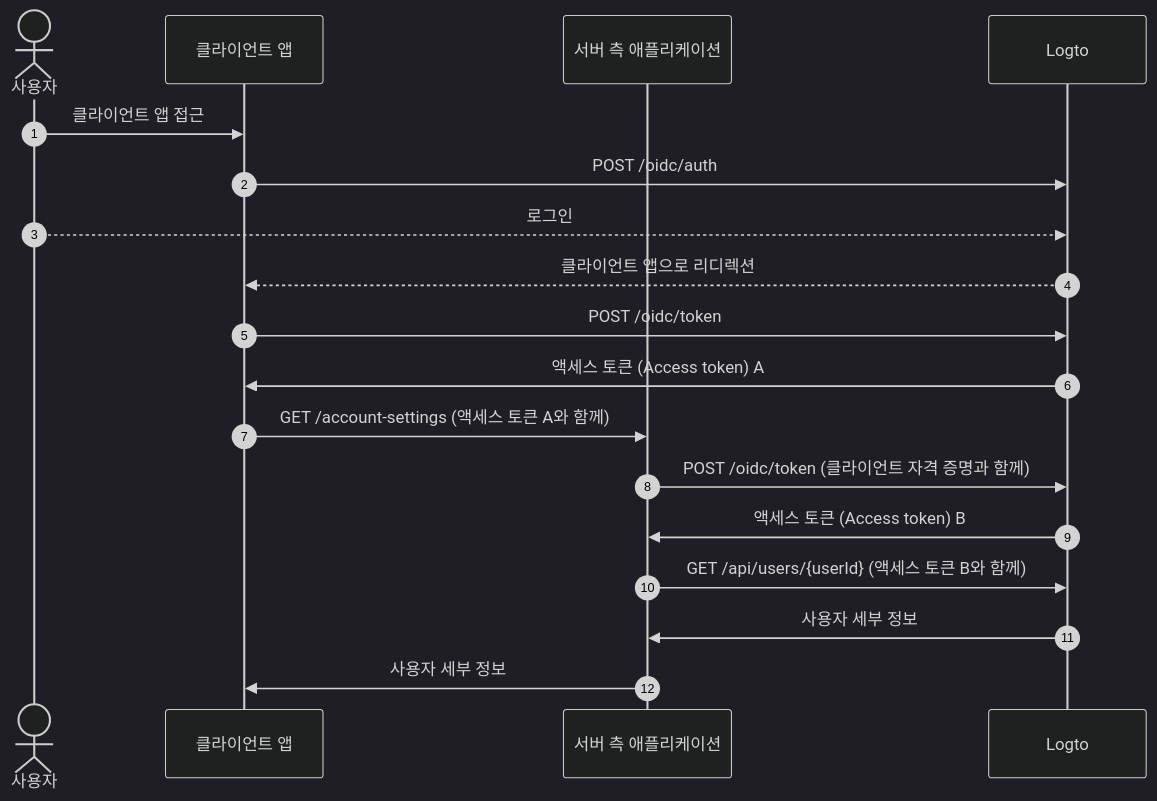
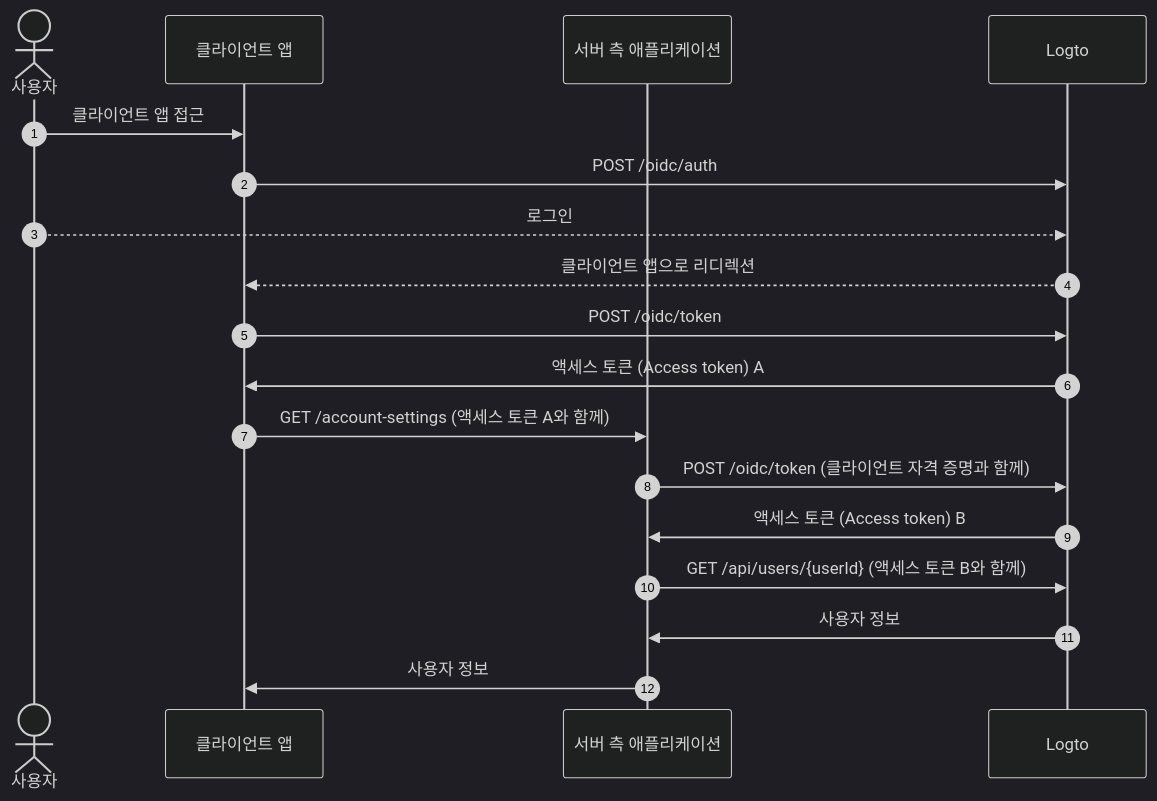
The second of 3 diagrams in i18n/ko/docusaurus-plugin-content-docs/current/end-user-flows/account-settings/by-management-api.mdx (logto-io/docs), drawn with Mermaid (dark theme) before and after one commit. The commit also changed other lines of this file and 74 other files, not shown here.

````diff
--- a/i18n/ko/docusaurus-plugin-content-docs/current/end-user-flows/account-settings/by-management-api.mdx
+++ b/i18n/ko/docusaurus-plugin-content-docs/current/end-user-flows/account-settings/by-management-api.mdx
@@ -28,21 +27,21 @@
 ```mermaid
   sequenceDiagram
     autonumber
     actor User as 사용자
     participant Client as 클라이언트 앱
     participant Server as 서버 측 애플리케이션
     participant Logto as Logto
 
     User ->> Client: 클라이언트 앱 접근
     Client ->> Logto: POST /oidc/auth
     User -->> Logto: 로그인
     Logto -->> Client: 클라이언트 앱으로 리디렉션
     Client ->> Logto: POST /oidc/token
     Logto ->> Client: 액세스 토큰 (Access token) A
     Client ->> Server: GET /account-settings (액세스 토큰 A와 함께)
     Server ->> Logto: POST /oidc/token (클라이언트 자격 증명과 함께)
     Logto ->> Server: 액세스 토큰 (Access token) B
     Server ->> Logto: GET /api/users/{userId} (액세스 토큰 B와 함께)
-    Logto ->> Server: 사용자 세부 정보
-    Server ->> Client: 사용자 세부 정보
+    Logto ->> Server: 사용자 정보
+    Server ->> Client: 사용자 정보
 ```
````
